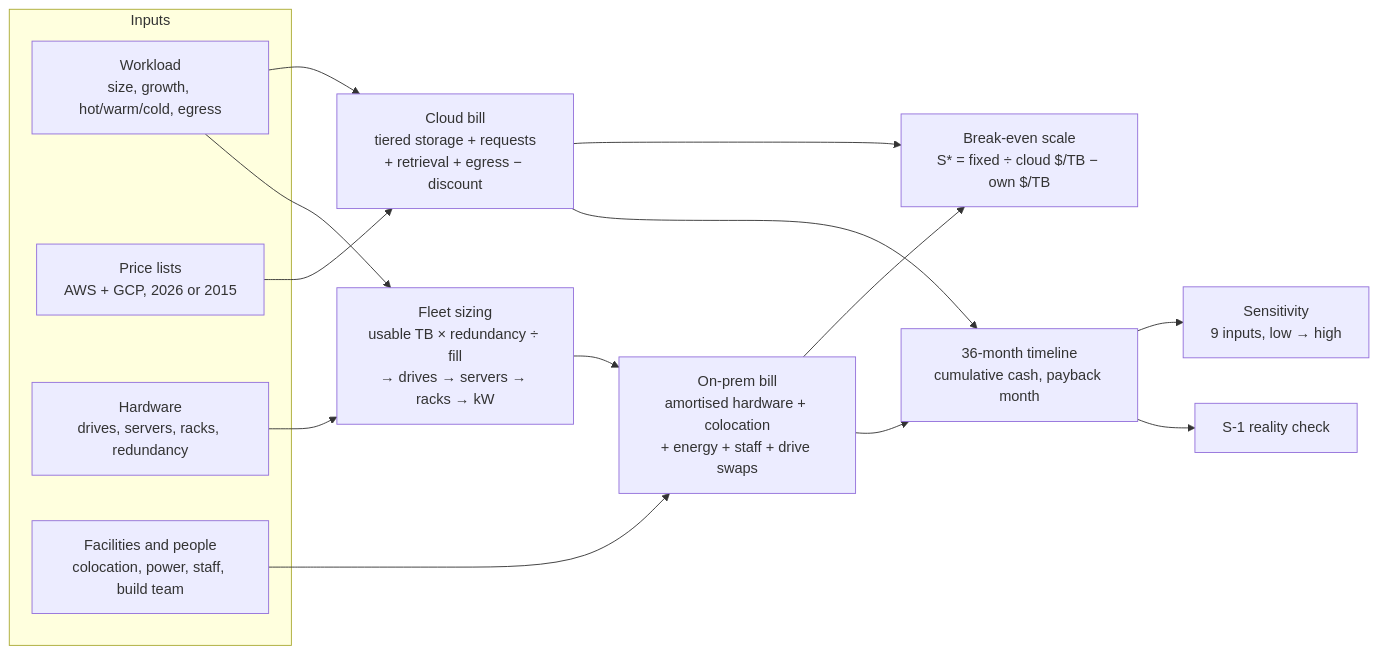
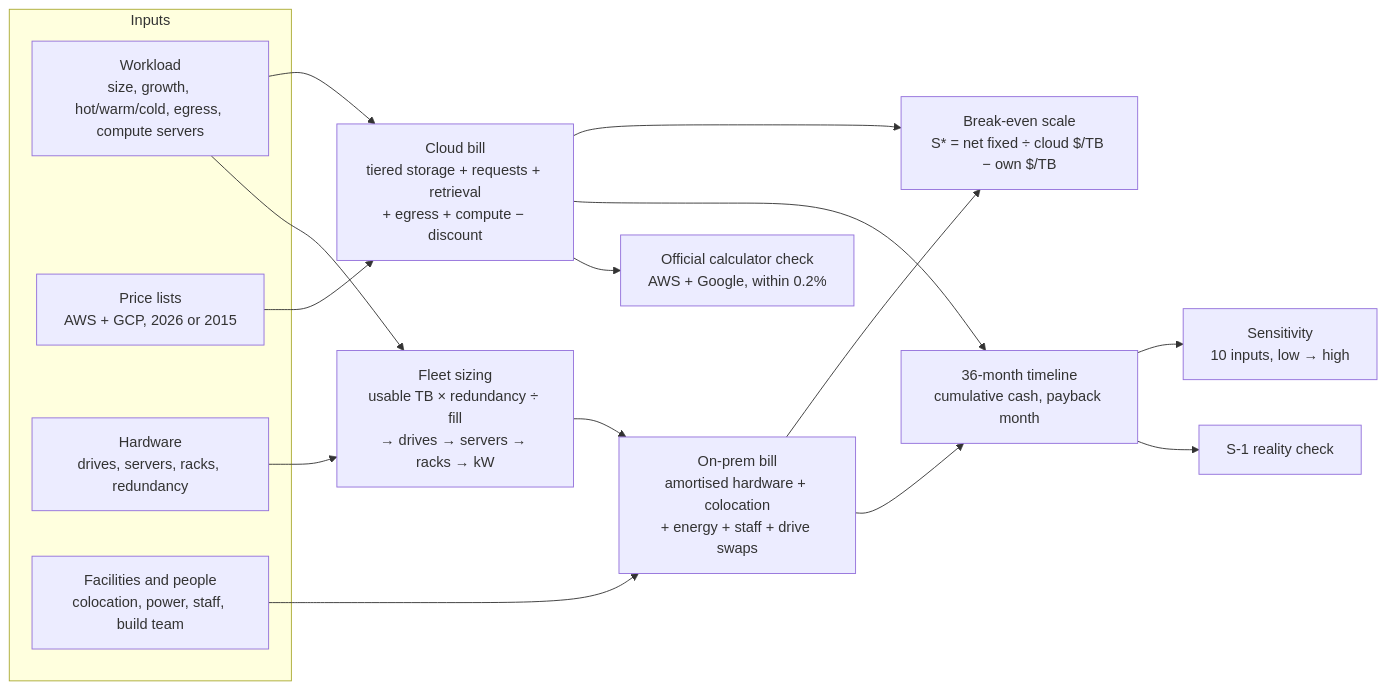
Before and after one commit to rushabhshah3/dropbox-aws-s3-repatriation: the second of 3 diagrams in README.md, drawn with Mermaid. The commit also changed other lines of this file and 7 other files, not shown here.

````diff
--- a/README.md
+++ b/README.md
@@ -120,23 +128,24 @@
 ```mermaid
 flowchart LR
     subgraph IN[Inputs]
-        W[Workload<br/>size, growth, hot/warm/cold, egress]
+        W[Workload<br/>size, growth, hot/warm/cold, egress, compute servers]
         P[Price lists<br/>AWS + GCP, 2026 or 2015]
         H[Hardware<br/>drives, servers, racks, redundancy]
         F[Facilities and people<br/>colocation, power, staff, build team]
     end
 
-    W --> CB[Cloud bill<br/>tiered storage + requests<br/>+ retrieval + egress − discount]
+    W --> CB[Cloud bill<br/>tiered storage + requests + retrieval<br/>+ egress + compute − discount]
     P --> CB
     W --> FL[Fleet sizing<br/>usable TB × redundancy ÷ fill<br/>→ drives → servers → racks → kW]
     H --> FL
     FL --> OB[On-prem bill<br/>amortised hardware + colocation<br/>+ energy + staff + drive swaps]
     F --> OB
 
-    CB --> BE[Break-even scale<br/>S* = fixed ÷ cloud $/TB − own $/TB]
+    CB --> BE[Break-even scale<br/>S* = net fixed ÷ cloud $/TB − own $/TB]
     OB --> BE
     CB --> TL[36-month timeline<br/>cumulative cash, payback month]
     OB --> TL
-    TL --> SE[Sensitivity<br/>9 inputs, low → high]
+    TL --> SE[Sensitivity<br/>10 inputs, low → high]
     TL --> S1[S-1 reality check]
+    CB --> CC[Official calculator check<br/>AWS + Google, within 0.2%]
 ```
````
